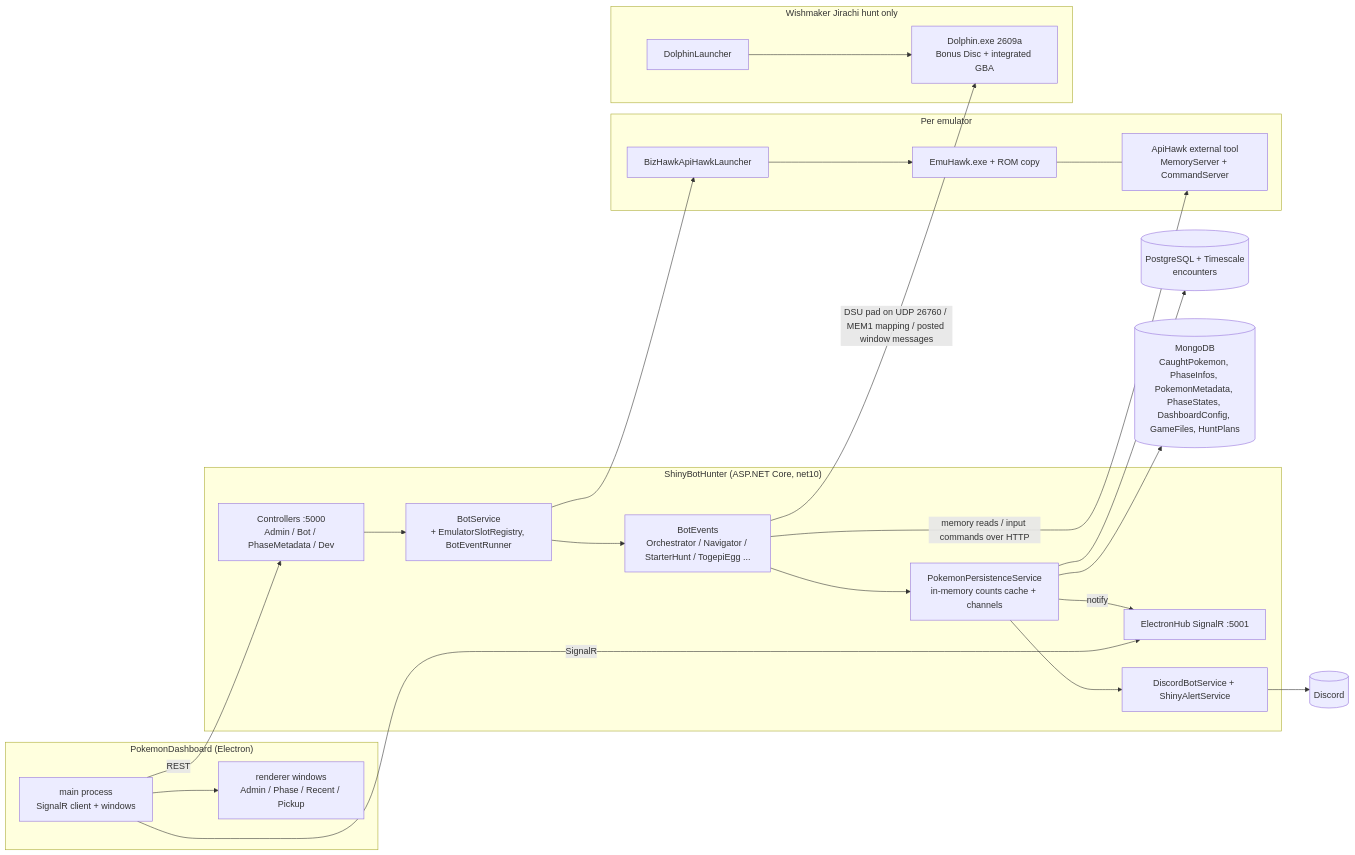
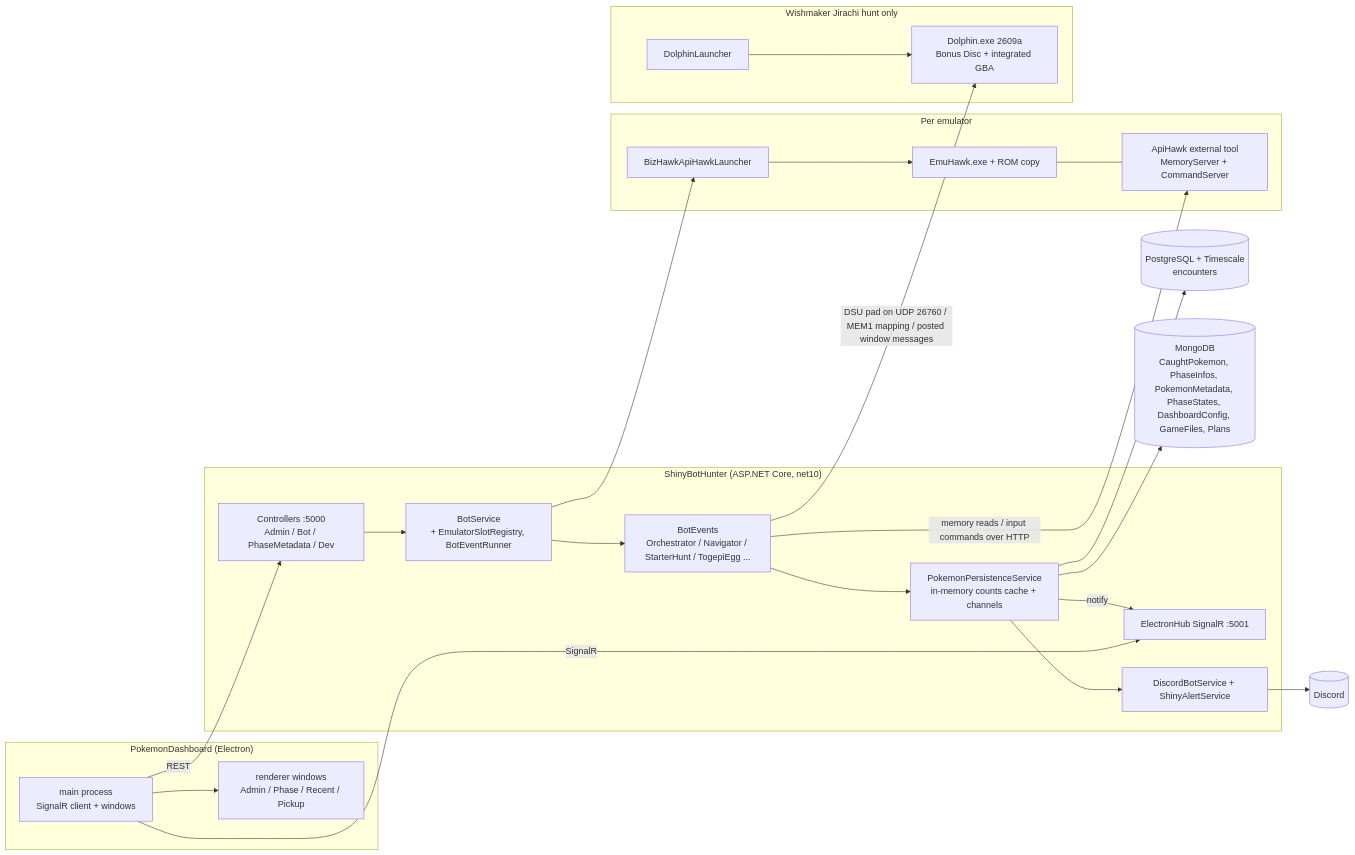
The first of 2 diagrams in docs/architecture/system-overview.md (ppicinic/ShinyBotHunter), drawn with Mermaid before and after one commit. The commit also changed other lines of this file, not shown here.

Commit message:
#622 PR B step 4: the architecture doc for saved milestones, plans and the card

````diff
--- a/docs/architecture/system-overview.md
+++ b/docs/architecture/system-overview.md
@@ -20,40 +20,40 @@
 ```mermaid
 flowchart LR
   subgraph Dashboard["PokemonDashboard (Electron)"]
     Main[main process<br/>SignalR client + windows] --> Renderer[renderer windows<br/>Admin / Phase / Recent / Pickup]
   end
 
   subgraph Backend["ShinyBotHunter (ASP.NET Core, net10)"]
     API[Controllers :5000<br/>Admin / Bot / PhaseMetadata / Dev]
     Hub[ElectronHub SignalR :5001]
     BotSvc[BotService<br/>+ EmulatorSlotRegistry, BotEventRunner]
     Events[BotEvents<br/>Orchestrator / Navigator / StarterHunt / TogepiEgg ...]
     Persist[PokemonPersistenceService<br/>in-memory counts cache + channels]
     Discord[DiscordBotService + ShinyAlertService]
   end
 
   subgraph Emu["Per emulator"]
     Launcher[BizHawkApiHawkLauncher] --> EmuHawk[EmuHawk.exe + ROM copy]
     EmuHawk --- ApiHawk[ApiHawk external tool<br/>MemoryServer + CommandServer]
   end
 
   subgraph Dol["Wishmaker Jirachi hunt only"]
     DolLauncher[DolphinLauncher] --> Dolphin[Dolphin.exe 2609a<br/>Bonus Disc + integrated GBA]
   end
 
   PG[(PostgreSQL + Timescale<br/>encounters)]
-  Mongo[(MongoDB<br/>CaughtPokemon, PhaseInfos, PokemonMetadata, PhaseStates, DashboardConfig, GameFiles, HuntPlans)]
+  Mongo[(MongoDB<br/>CaughtPokemon, PhaseInfos, PokemonMetadata, PhaseStates, DashboardConfig, GameFiles, Plans)]
   DiscordAPI[(Discord)]
 
   Main -- REST --> API
   Main -- SignalR --> Hub
   API --> BotSvc --> Events
   Events -- memory reads / input commands over HTTP --> ApiHawk
   Events -- DSU pad on UDP 26760 / MEM1 mapping / posted window messages --> Dolphin
   BotSvc --> Launcher
   Events --> Persist
   Persist --> PG
   Persist --> Mongo
   Persist -- notify --> Hub
   Persist --> Discord --> DiscordAPI
 ```
````
